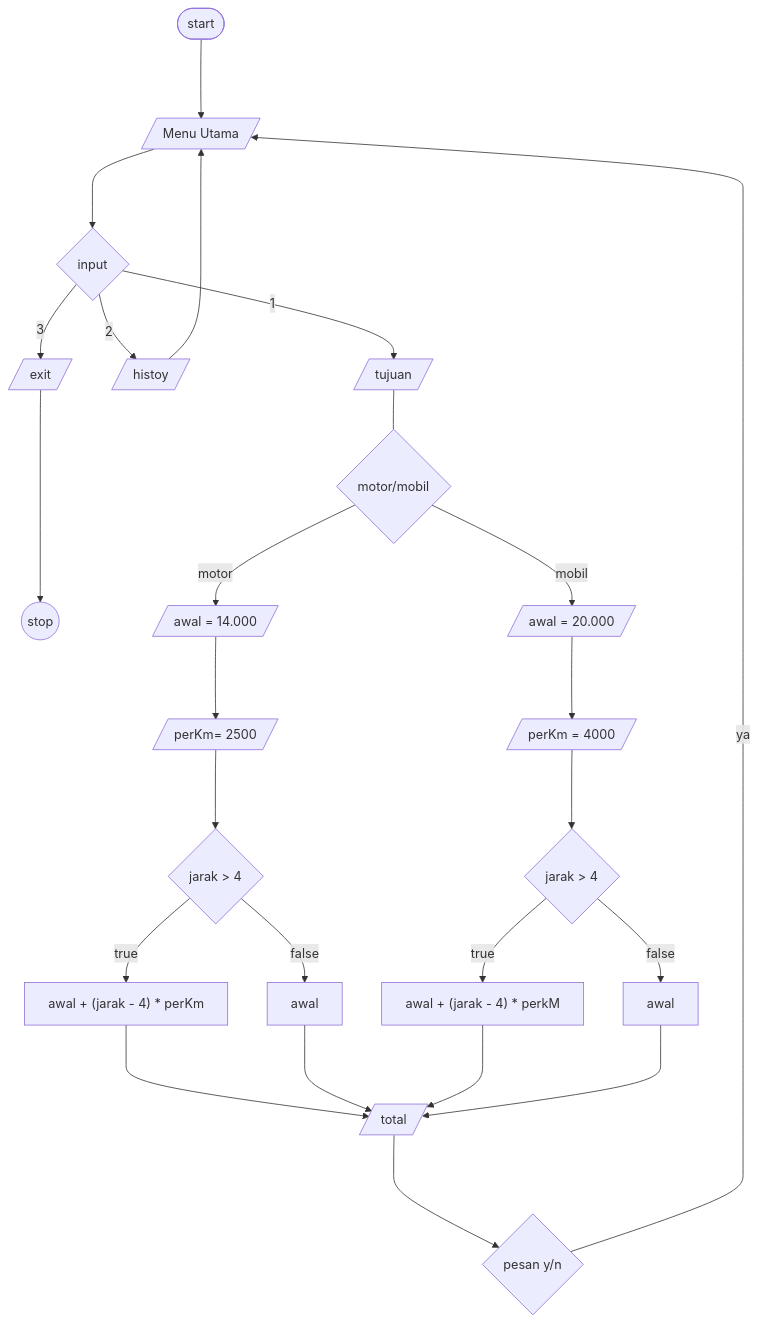
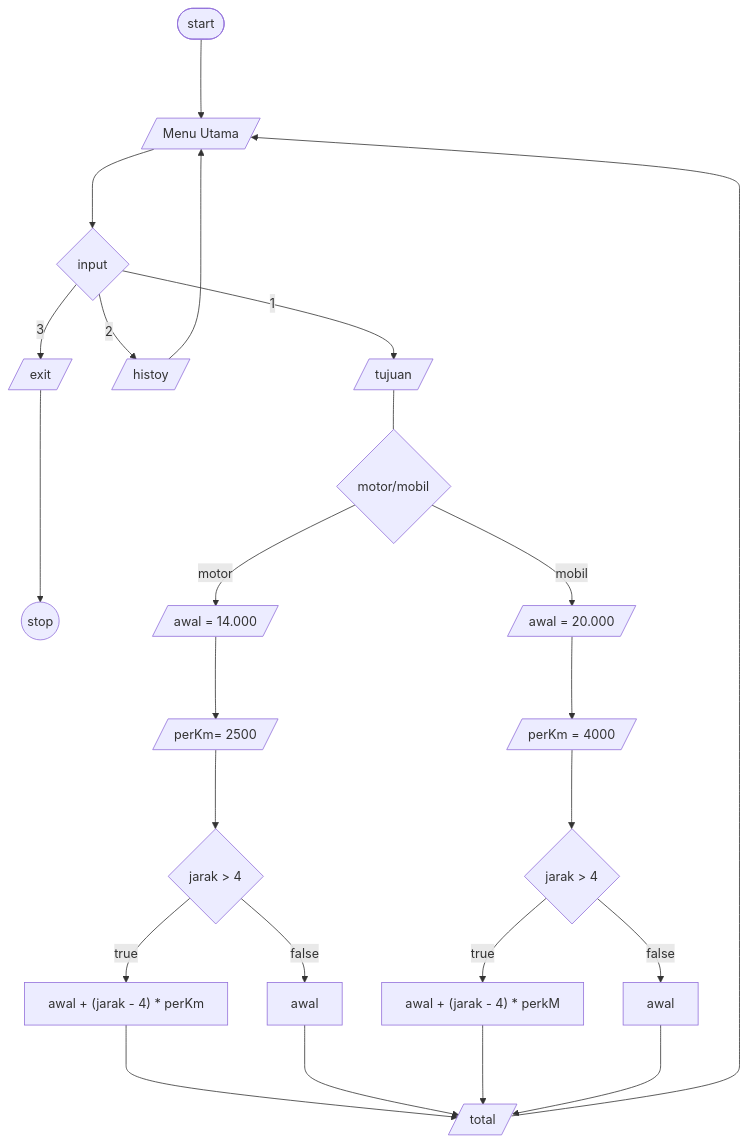
Before and after one commit to ghifar1327/koda-b4-program1: the diagram in README.md, drawn with Mermaid.

Commit message:
fix: fixing small errors in README.md

````diff
--- a/README.md
+++ b/README.md
@@ -8,33 +8,32 @@
 ```mermaid 
 flowchart TB
 A([start])
 Z((stop))
 a[/Menu Utama/]
 desi1{input}
 b[/tujuan/]
 c[/histoy/]
 d[/exit/]
 desi2{motor/mobil}
 e[/awal = 14.000/]
 f[/ perKm= 2500/]
 desi3{jarak > 4}
 g@{shape: proc, label: "awal + (jarak - 4) * perKm"}
 h[ awal ]
 i[/total/]
-desi4{pesan y/n}
 j[/awal = 20.000/]
 k[/perKm = 4000/]
 desi5{jarak > 4}
 l@{shape: proc, label: "awal + (jarak - 4) * perkM"}
 m[awal]
 
 
 A--->a--->desi1--1-->b---desi2
 desi1--2-->c--->a
 desi1--3-->d--->Z
 desi2--motor-->e--->f--->desi3--true-->g--->i
-desi3--false-->h--->i--->desi4--ya-->a
+desi3--false-->h--->i--->a
 desi2--mobil-->j--->k--->desi5--true-->l--->i
 desi5--false-->m--->i
 
 ```
````
